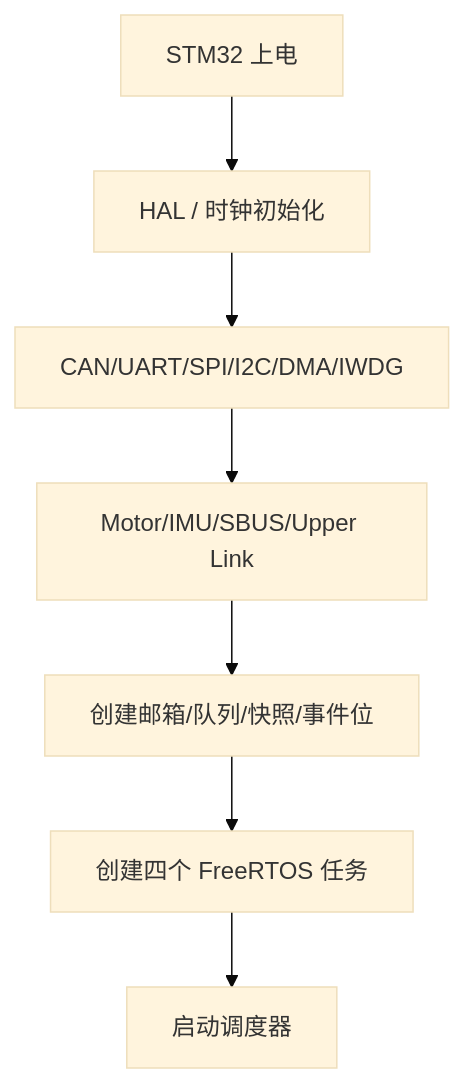
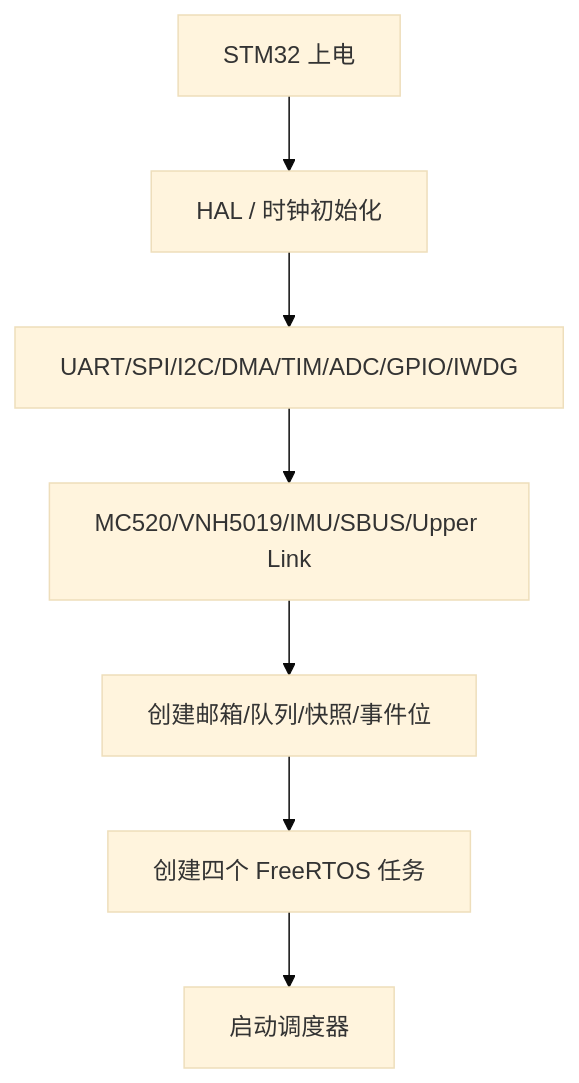
Diagram 20 of 32 in 家庭服务机器人技术方案.md (JosephQ47/Home_robot), drawn with Mermaid (base theme) before and after one commit. The commit also changed other lines of this file, not shown here.

````diff
--- a/家庭服务机器人技术方案.md
+++ b/家庭服务机器人技术方案.md
@@ -1065,9 +1235,9 @@
 ```mermaid
 flowchart TD
   PWR["STM32 上电"] --> HAL["HAL / 时钟初始化"]
-  HAL --> BSP["CAN/UART/SPI/I2C/DMA/IWDG"]
-  BSP --> DEV["Motor/IMU/SBUS/Upper Link"]
+  HAL --> BSP["UART/SPI/I2C/DMA/TIM/ADC/GPIO/IWDG"]
+  BSP --> DEV["MC520/VNH5019/IMU/SBUS/Upper Link"]
   DEV --> IPC["创建邮箱/队列/快照/事件位"]
   IPC --> TASK["创建四个 FreeRTOS 任务"]
   TASK --> RUN["启动调度器"]
 ```
````
